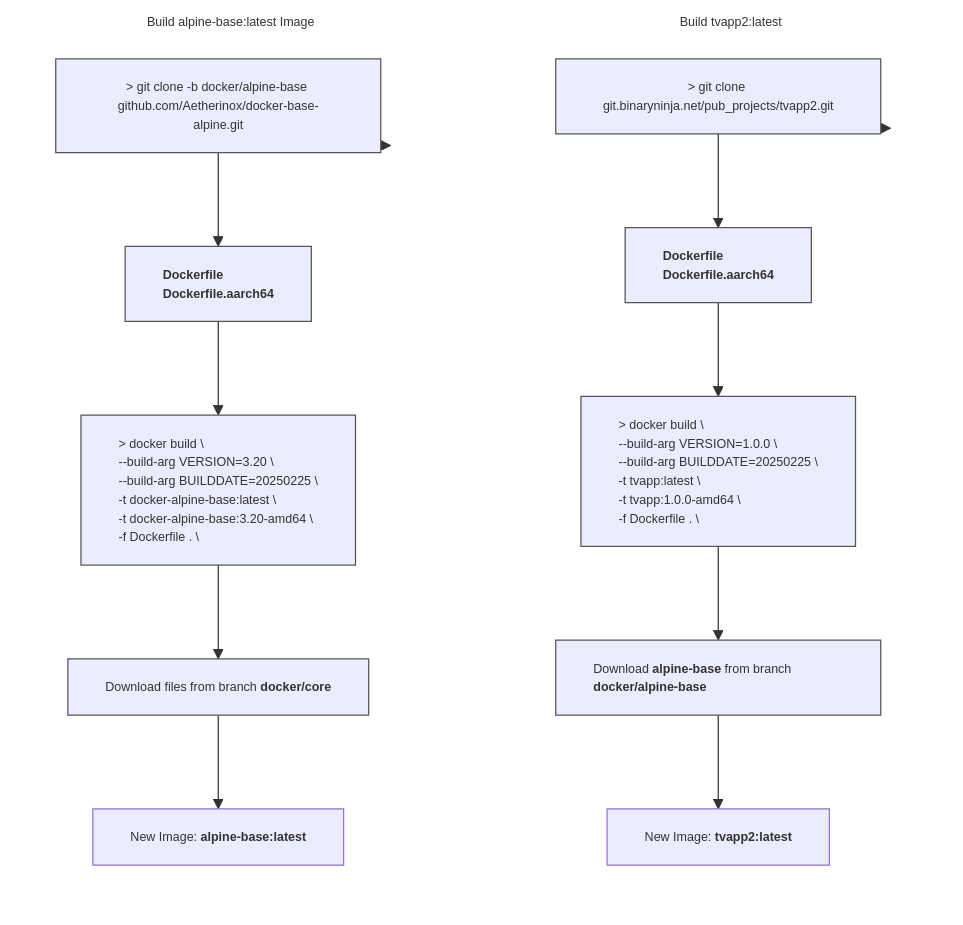
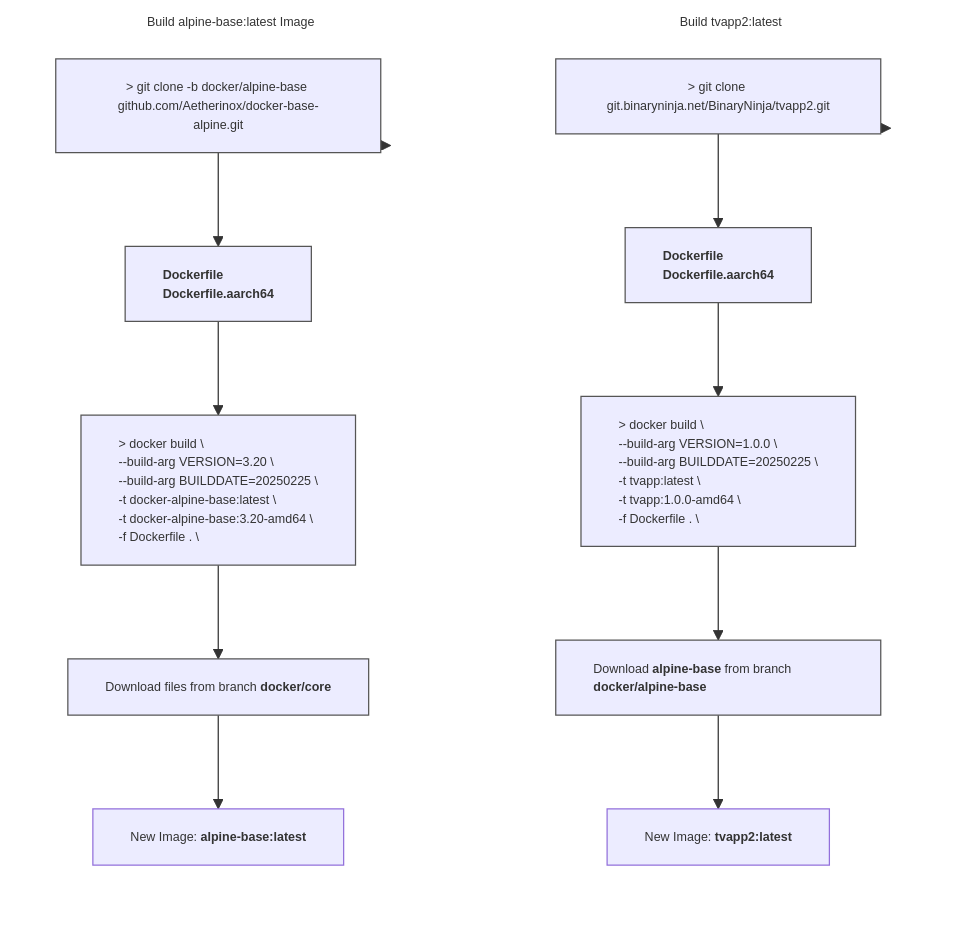
Before and after one commit to TheBinaryNinja/tvapp2: the second of 2 diagrams in README.md, drawn with Mermaid. The commit also changed other lines of this file and 11 other files, not shown here.

````diff
--- a/README.md
+++ b/README.md
@@ -125,51 +125,51 @@
 ```mermaid
 %%{init: { 'themeVariables': { 'fontSize': '10px' }}}%%
 flowchart TB
 
 subgraph GRAPH_TVAPP ["Build tvapp2:latest"]
     direction TB
-    obj_step10["`&gt; git clone git.binaryninja.net/pub_projects/tvapp2.git`"]
+    obj_step10["`&gt; git clone git.binaryninja.net/BinaryNinja/tvapp2.git`"]
     obj_step11["`**Dockerfile
      Dockerfile.aarch64**`"]
     obj_step12["`&gt; docker build &bsol;
     --build-arg VERSION=1.0.0 &bsol;
     --build-arg BUILDDATE=20250225 &bsol;
     -t tvapp:latest &bsol;
     -t tvapp:1.0.0-amd64 &bsol;
     -f Dockerfile . &bsol;`"]
     obj_step13["`Download **alpine-base** from branch **docker/alpine-base**`"]
     obj_step14["`New Image: **tvapp2:latest**`"]
 
     style obj_step10 text-align:center,stroke-width:1px,stroke:#555
     style obj_step11 text-align:left,stroke-width:1px,stroke:#555
     style obj_step12 text-align:left,stroke-width:1px,stroke:#555
     style obj_step13 text-align:left,stroke-width:1px,stroke:#555
 end
 
 style GRAPH_TVAPP text-align:center,stroke-width:1px,stroke:transparent,fill:transparent
 
 subgraph GRAPH_ALPINE["Build alpine-base:latest Image"]
 direction TB
     obj_step20["`&gt; git clone -b docker/alpine-base github.com/Aetherinox/docker-base-alpine.git`"]
     obj_step21["`**Dockerfile
      Dockerfile.aarch64**`"]
     obj_step22["`&gt; docker build &bsol;
     --build-arg VERSION=3.20 &bsol;
     --build-arg BUILDDATE=20250225 &bsol;
     -t docker-alpine-base:latest &bsol;
     -t docker-alpine-base:3.20-amd64 &bsol;
     -f Dockerfile . &bsol;`"]
     obj_step23["`Download files from branch **docker/core**`"]
     obj_step24["`New Image: **alpine-base:latest**`"]
 
     style obj_step20 text-align:center,stroke-width:1px,stroke:#555
     style obj_step21 text-align:left,stroke-width:1px,stroke:#555
     style obj_step22 text-align:left,stroke-width:1px,stroke:#555
     style obj_step23 text-align:left,stroke-width:1px,stroke:#555
 end
 
 style GRAPH_ALPINE text-align:center,stroke-width:1px,stroke:transparent,fill:transparent
 
 GRAPH_TVAPP --> obj_step10 --> obj_step11 --> obj_step12 --> obj_step13 --> obj_step14
 GRAPH_ALPINE --> obj_step20 --> obj_step21 --> obj_step22 --> obj_step23 --> obj_step24
 ```
````
